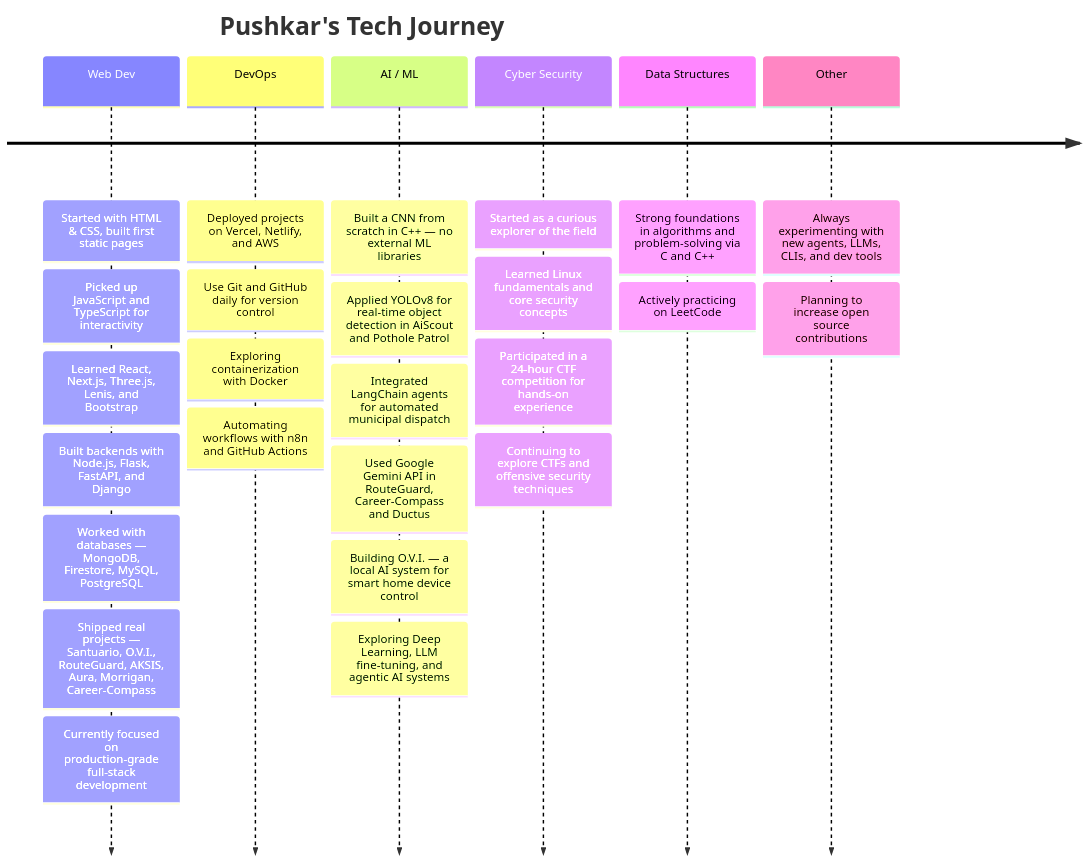
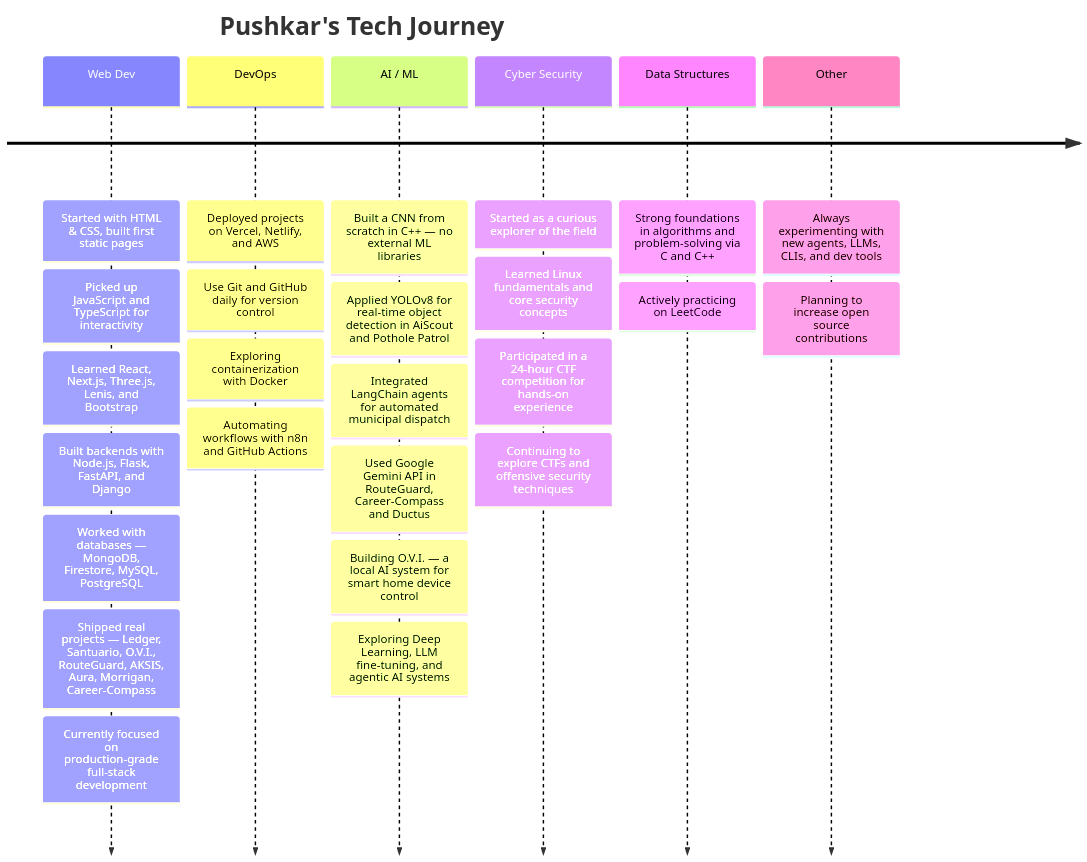
One commit to pushkar156/pushkar156 changed the diagram in README.md. Above: the diagram before and after it, drawn with Mermaid. The commit also changed other lines of this file, not shown here.

Commit message:
added ledger to the project list

````diff
--- a/README.md
+++ b/README.md
@@ -261,35 +278,35 @@
 ```mermaid
 timeline
     title Pushkar's Tech Journey
     Web Dev
         : Started with HTML & CSS, built first static pages
         : Picked up JavaScript and TypeScript for interactivity
         : Learned React, Next.js, Three.js, Lenis, and Bootstrap
         : Built backends with Node.js, Flask, FastAPI, and Django
         : Worked with databases — MongoDB, Firestore, MySQL, PostgreSQL
-        : Shipped real projects — Santuario, O.V.I., RouteGuard, AKSIS, Aura, Morrigan, Career-Compass
+        : Shipped real projects — Ledger, Santuario, O.V.I., RouteGuard, AKSIS, Aura, Morrigan, Career-Compass
         : Currently focused on production-grade full-stack development
     DevOps
         : Deployed projects on Vercel, Netlify, and AWS
         : Use Git and GitHub daily for version control
         : Exploring containerization with Docker
         : Automating workflows with n8n and GitHub Actions
     AI / ML
         : Built a CNN from scratch in C++ — no external ML libraries
         : Applied YOLOv8 for real-time object detection in AiScout and Pothole Patrol
         : Integrated LangChain agents for automated municipal dispatch
         : Used Google Gemini API in RouteGuard, Career-Compass and Ductus
         : Building O.V.I. — a local AI system for smart home device control
         : Exploring Deep Learning, LLM fine-tuning, and agentic AI systems
     Cyber Security
         : Started as a curious explorer of the field
         : Learned Linux fundamentals and core security concepts
         : Participated in a 24-hour CTF competition for hands-on experience
         : Continuing to explore CTFs and offensive security techniques
     Data Structures
         : Strong foundations in algorithms and problem-solving via C and C++
         : Actively practicing on LeetCode
     Other
         : Always experimenting with new agents, LLMs, CLIs, and dev tools
         : Planning to increase open source contributions
 ```
````
